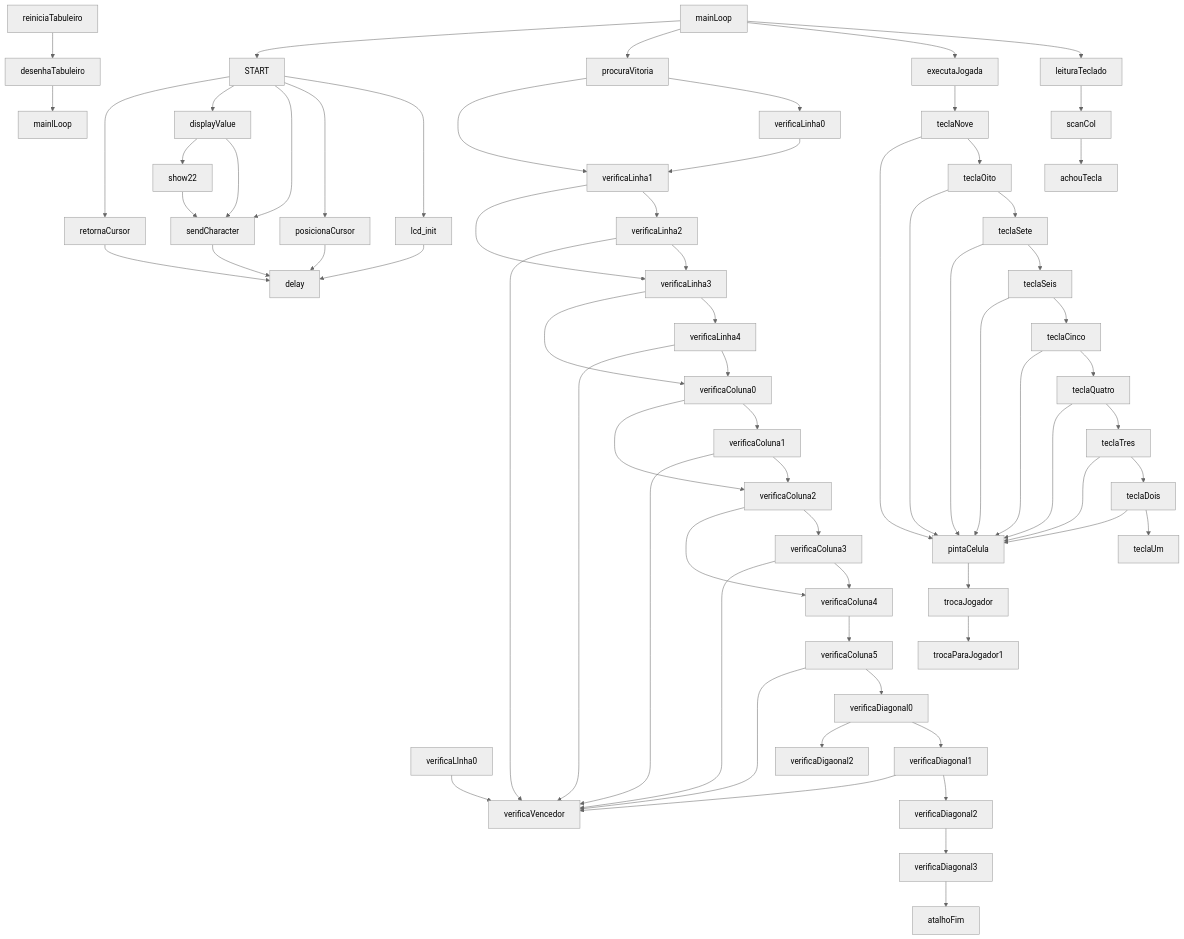
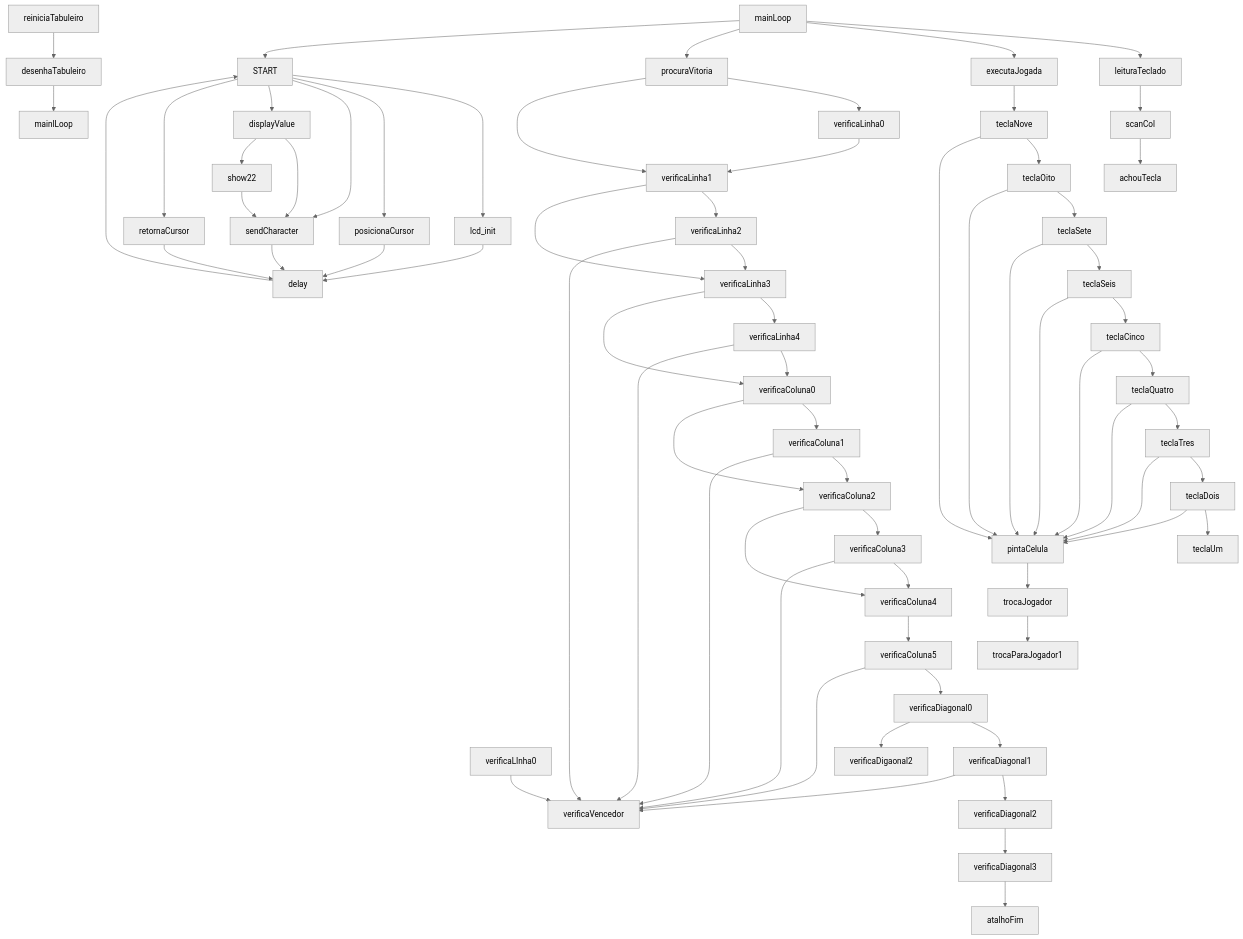
One commit to pacsIsStrange/Jogo-da-velha changed the diagram in README.md. Above: the diagram before and after it, drawn with Mermaid (neutral theme). The commit also changed other lines of this file, not shown here.

````diff
--- a/README.md
+++ b/README.md
@@ -619,71 +639,72 @@
 ```mermaid
 graph TD;
     reiniciaTabuleiro-->desenhaTabuleiro;
     desenhaTabuleiro-->mainlLoop;
     mainLoop-->leituraTeclado;
     mainLoop-->executaJogada;
     mainLoop-->procuraVitoria;
     mainLoop-->START;
     leituraTeclado-->scanCol;
     scanCol-->achouTecla;
     executaJogada-->teclaNove;
     teclaNove-->teclaOito;
     teclaNove-->pintaCelula;
     teclaOito-->teclaSete;
     teclaOito-->pintaCelula;
     teclaSete-->teclaSeis;
     teclaSete-->pintaCelula;
     teclaSeis-->teclaCinco;
     teclaSeis-->pintaCelula;
     teclaCinco-->teclaQuatro;
     teclaCinco-->pintaCelula;
     teclaQuatro-->teclaTres;
     teclaQuatro-->pintaCelula;
     teclaTres-->teclaDois;
     teclaTres-->pintaCelula;
     teclaDois-->teclaUm;
     teclaDois-->pintaCelula;
     pintaCelula-->trocaJogador;
     trocaJogador-->trocaParaJogador1;
     procuraVitoria-->verificaLinha0;
     procuraVitoria-->verificaLinha1;
     verificaLinha0-->verificaLinha1;
     verificaLInha0-->verificaVencedor;
     verificaLinha1-->verificaLinha2;
     verificaLinha1-->verificaLinha3;
     verificaLinha2-->verificaLinha3;
     verificaLinha2-->verificaVencedor;
     verificaLinha3-->verificaLinha4;
     verificaLinha3-->verificaColuna0;
     verificaLinha4-->verificaColuna0;
     verificaLinha4-->verificaVencedor;
     verificaColuna0-->verificaColuna1;
     verificaColuna0-->verificaColuna2;
     verificaColuna1-->verificaColuna2;
     verificaColuna1-->verificaVencedor;
     verificaColuna2-->verificaColuna3;
     verificaColuna2-->verificaColuna4;
     verificaColuna3-->verificaColuna4;
     verificaColuna3-->verificaVencedor;
     verificaColuna4-->verificaColuna5;
     verificaColuna5-->verificaDiagonal0;
     verificaColuna5-->verificaVencedor;
     verificaDiagonal0-->verificaDiagonal1;
     verificaDiagonal0-->verificaDigaonal2;
     verificaDiagonal1-->verificaDiagonal2;
     verificaDiagonal1-->verificaVencedor;
     verificaDiagonal2-->verificaDiagonal3;
     verificaDiagonal3-->atalhoFim;
     START-->lcd_init;
     START-->posicionaCursor;
     START-->sendCharacter;
     START-->displayValue;
     START-->retornaCursor;
     lcd_init-->delay;
     sendCharacter-->delay;
     posicionaCursor-->delay;
     retornaCursor-->delay;
+    delay-->START
     displayValue-->sendCharacter;
     displayValue-->show22;
     show22-->sendCharacter;
 ```
````
